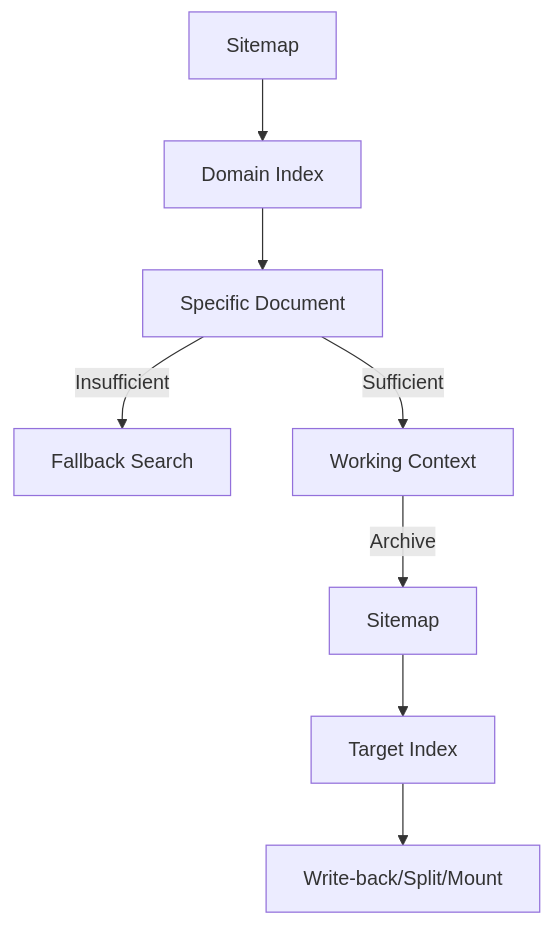
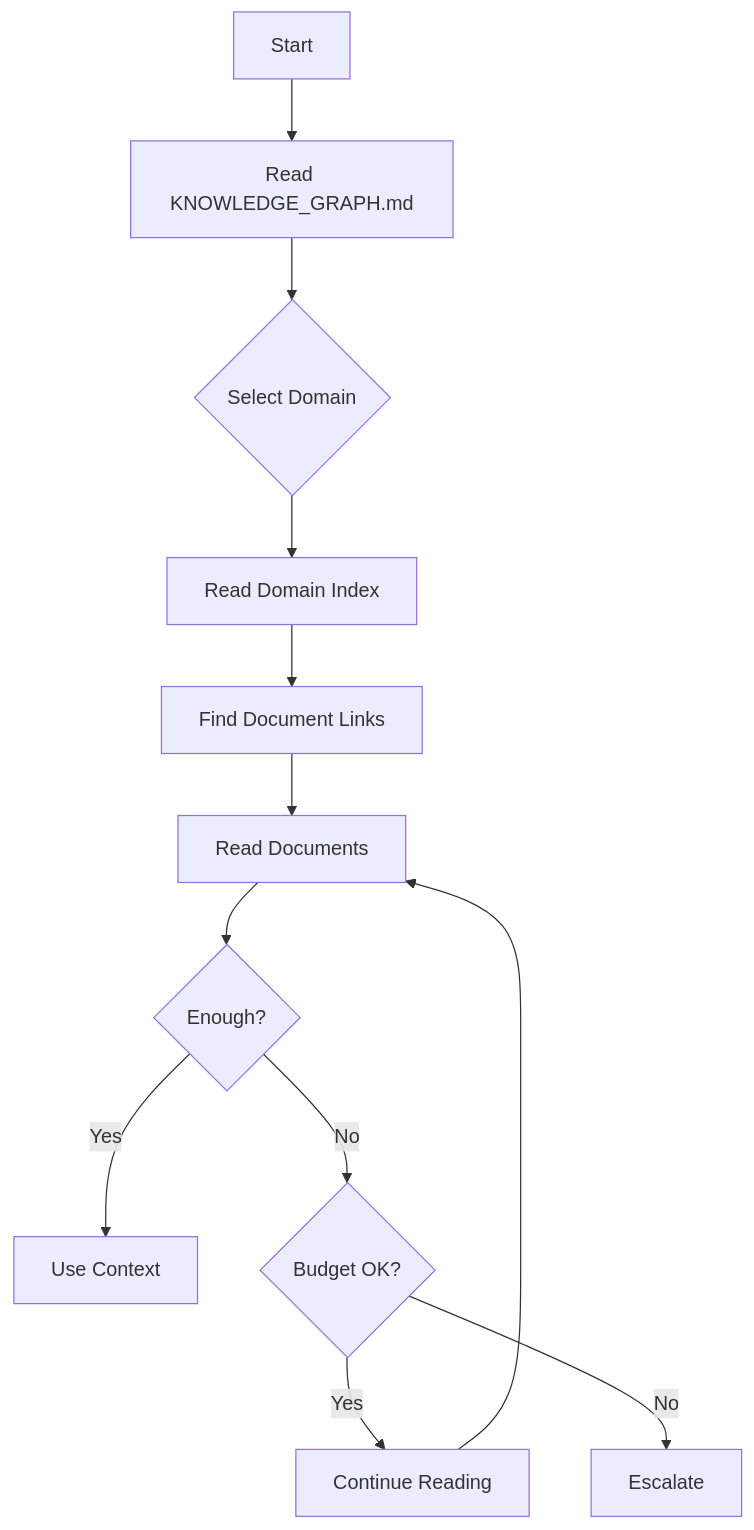
Before and after one commit to listener-He/java-harness-agent: the sixth of 11 diagrams in ENGINEERING_MANUAL.md, drawn with Mermaid. The commit also changed other lines of this file and 28 other files, not shown here.

````diff
--- a/ENGINEERING_MANUAL.md
+++ b/ENGINEERING_MANUAL.md
@@ -518,10 +645,14 @@
 ```mermaid
 flowchart TB
-  S[Sitemap] --> I1[Domain Index]
-  I1 --> Doc[Specific Document]
-  Doc -->|Insufficient| Search[Fallback Search]
-  Doc -->|Sufficient| Work[Working Context]
-  Work -->|Archive| BackS[Sitemap]
-  BackS --> BackI[Target Index]
-  BackI --> Update[Write-back/Split/Mount]
+  Start[Start] --> ReadKG[Read KNOWLEDGE_GRAPH.md]
+  ReadKG --> SelectDomain{Select Domain}
+  SelectDomain --> ReadIndex[Read Domain Index]
+  ReadIndex --> FindDoc[Find Document Links]
+  FindDoc --> ReadDoc[Read Documents]
+  ReadDoc --> Enough{Enough?}
+  Enough -->|Yes| Use[Use Context]
+  Enough -->|No| CheckBudget{Budget OK?}
+  CheckBudget -->|Yes| Continue[Continue Reading]
+  CheckBudget -->|No| Escalate[Escalate]
+  Continue --> ReadDoc
 ```
````
